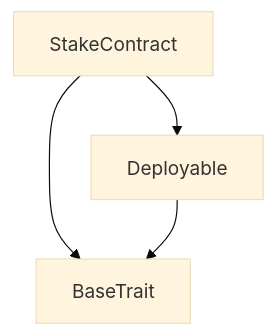
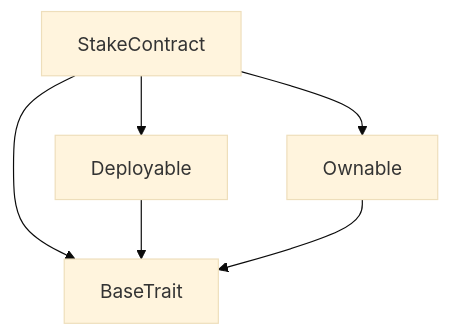
Before and after one commit to nd12123/ton-don: the first of 2 diagrams in build/StakeContract/StakeContract_StakeContract.md, drawn with Mermaid (base theme). The commit also changed other lines of this file and 25 other files, not shown here.

````diff
--- a/build/StakeContract/StakeContract_StakeContract.md
+++ b/build/StakeContract/StakeContract_StakeContract.md
@@ -139,7 +150,9 @@
 ```mermaid
 graph TD
 StakeContract
 StakeContract --> BaseTrait
 StakeContract --> Deployable
 Deployable --> BaseTrait
+StakeContract --> Ownable
+Ownable --> BaseTrait
 ```
````
